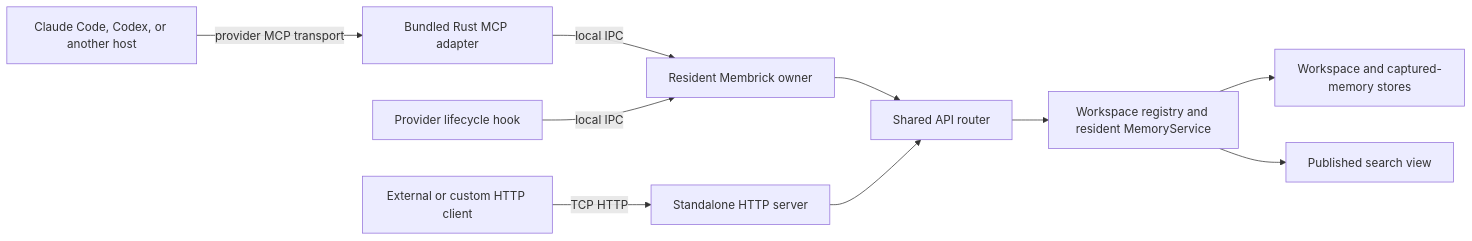
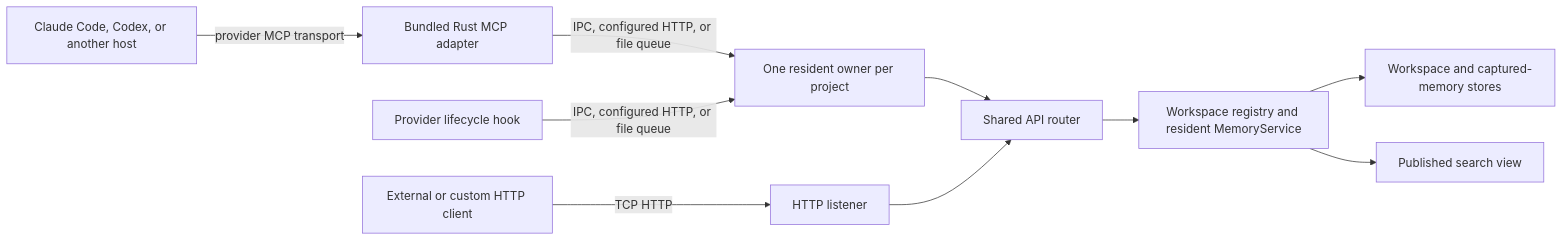
Before and after one commit to RooAGI/Lint-AI: the diagram in docs/local-ipc-architecture.md, drawn with Mermaid. The commit also changed other lines of this file and 79 other files, not shown here.

Commit message:
feat: add resident queue and transcript capture

````diff
--- a/docs/local-ipc-architecture.md
+++ b/docs/local-ipc-architecture.md
@@ -16,12 +18,12 @@
 ```mermaid
 flowchart LR
     Agent[Claude Code, Codex, or another host] -->|provider MCP transport| Adapter[Bundled Rust MCP adapter]
-    Adapter -->|local IPC| Resident[Resident Membrick owner]
-    Hook[Provider lifecycle hook] -->|local IPC| Resident
-    HttpClient[External or custom HTTP client] -->|TCP HTTP| Http[Standalone HTTP server]
+    Adapter -->|IPC, configured HTTP, or file queue| Resident[One resident owner per project]
+    Hook[Provider lifecycle hook] -->|IPC, configured HTTP, or file queue| Resident
+    HttpClient[External or custom HTTP client] -->|TCP HTTP| Http[HTTP listener]
     Resident --> Router[Shared API router]
     Http --> Router
     Router --> Runtime[Workspace registry and resident MemoryService]
     Runtime --> Stores[Workspace and captured-memory stores]
     Runtime --> Snapshot[Published search view]
 ```
````
